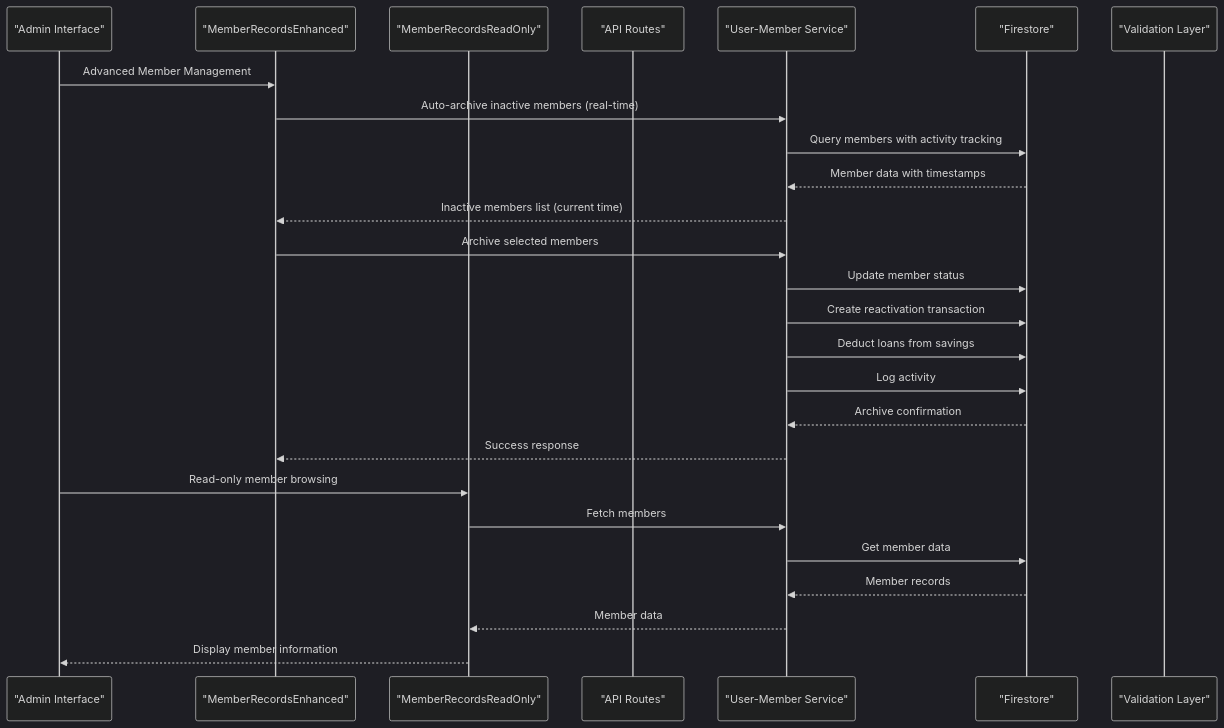
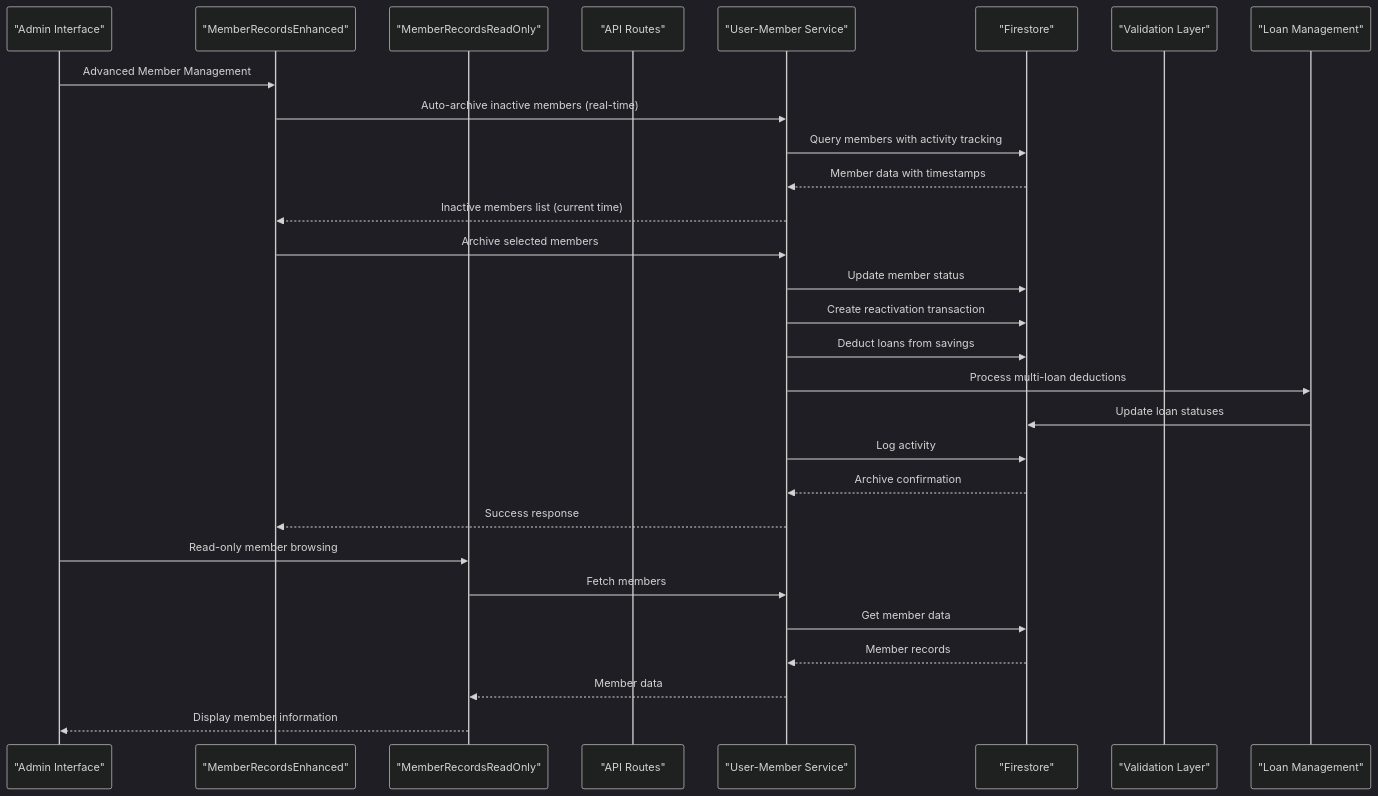
One commit to Unsure-bry/sampacoop_system changed the fourth of 16 diagrams in .qoder/repowiki/en/content/Member Management System/Member Records System.md. Above: the diagram before and after it, drawn with Mermaid (dark theme). The commit also changed other lines of this file and 7 other files, not shown here.

````diff
--- a/.qoder/repowiki/en/content/Member Management System/Member Records System.md
+++ b/.qoder/repowiki/en/content/Member Management System/Member Records System.md
@@ -274,28 +301,31 @@
 ```mermaid
 sequenceDiagram
 participant Client as "Admin Interface"
 participant Enhanced as "MemberRecordsEnhanced"
 participant ReadOnly as "MemberRecordsReadOnly"
 participant API as "API Routes"
 participant Service as "User-Member Service"
 participant Firestore as "Firestore"
 participant Validation as "Validation Layer"
+participant LoanSystem as "Loan Management"
 Client->>Enhanced : Advanced Member Management
 Enhanced->>Service : Auto-archive inactive members (real-time)
 Service->>Firestore : Query members with activity tracking
 Firestore-->>Service : Member data with timestamps
 Service-->>Enhanced : Inactive members list (current time)
 Enhanced->>Service : Archive selected members
 Service->>Firestore : Update member status
 Service->>Firestore : Create reactivation transaction
 Service->>Firestore : Deduct loans from savings
+Service->>LoanSystem : Process multi-loan deductions
+LoanSystem->>Firestore : Update loan statuses
 Service->>Firestore : Log activity
 Firestore-->>Service : Archive confirmation
 Service-->>Enhanced : Success response
 Client->>ReadOnly : Read-only member browsing
 ReadOnly->>Service : Fetch members
 Service->>Firestore : Get member data
 Firestore-->>Service : Member records
 Service-->>ReadOnly : Member data
 ReadOnly-->>Client : Display member information
 ```
````
